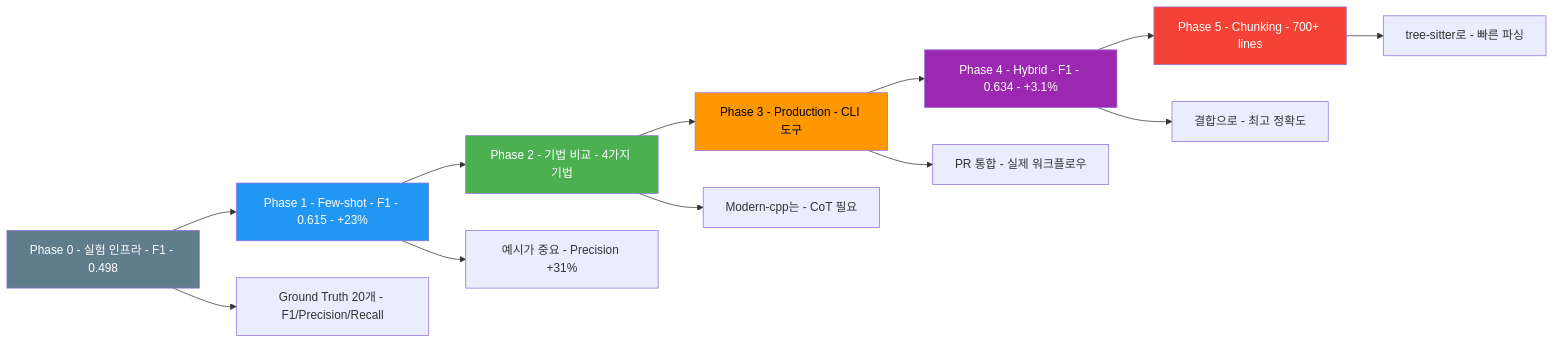
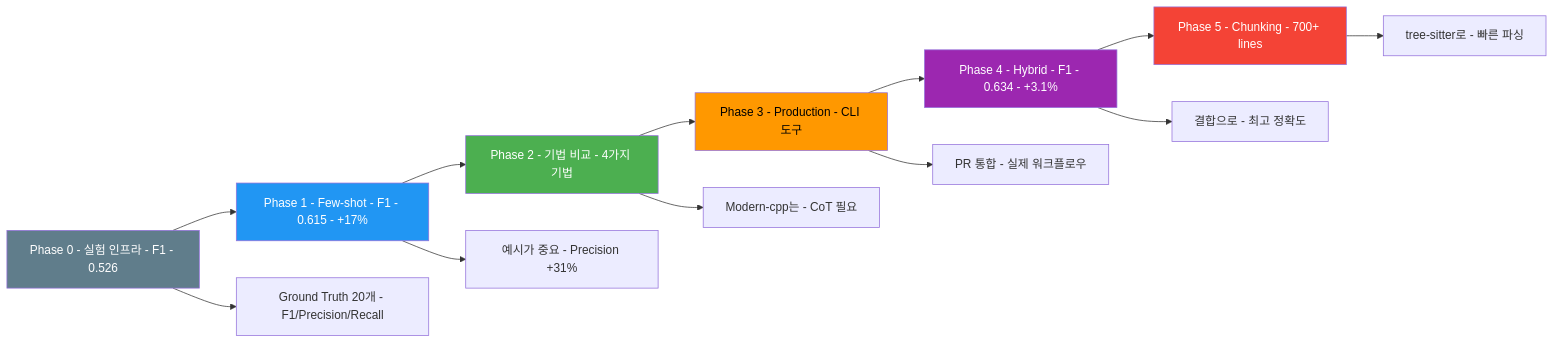
Before and after one commit to ApeachM/llm-code-reviewer: diagram 30 of 49 in PRESENTATION.md, drawn with Mermaid. The commit also changed other lines of this file, not shown here.

````diff
--- a/PRESENTATION.md
+++ b/PRESENTATION.md
@@ -1698,26 +1698,26 @@
 ```mermaid
 graph LR
-    Phase0[Phase 0 - 실험 인프라 - F1 - 0.498] --> Phase1[Phase 1 - Few-shot - F1 - 0.615 - +23%]
+    Phase0[Phase 0 - 실험 인프라 - F1 - 0.526] --> Phase1[Phase 1 - Few-shot - F1 - 0.615 - +17%]
 
     Phase1 --> Phase2[Phase 2 - 기법 비교 - 4가지 기법]
 
     Phase2 --> Phase3[Phase 3 - Production - CLI 도구]
 
     Phase3 --> Phase4[Phase 4 - Hybrid - F1 - 0.634 - +3.1%]
 
     Phase4 --> Phase5[Phase 5 - Chunking - 700+ lines]
 
     Phase0 --> Insight0[Ground Truth 20개 - F1/Precision/Recall]
     Phase1 --> Insight1[예시가 중요 - Precision +31%]
     Phase2 --> Insight2[Modern-cpp는 - CoT 필요]
     Phase3 --> Insight3[PR 통합 - 실제 워크플로우]
     Phase4 --> Insight4[결합으로 - 최고 정확도]
     Phase5 --> Insight5[tree-sitter로 - 빠른 파싱]
 
     style Phase0 fill:#607d8b,color:#fff
     style Phase1 fill:#2196f3,color:#fff
     style Phase2 fill:#4caf50,color:#fff
     style Phase3 fill:#ff9800,color:#000
     style Phase4 fill:#9c27b0,color:#fff
     style Phase5 fill:#f44336,color:#fff
 ```
````
